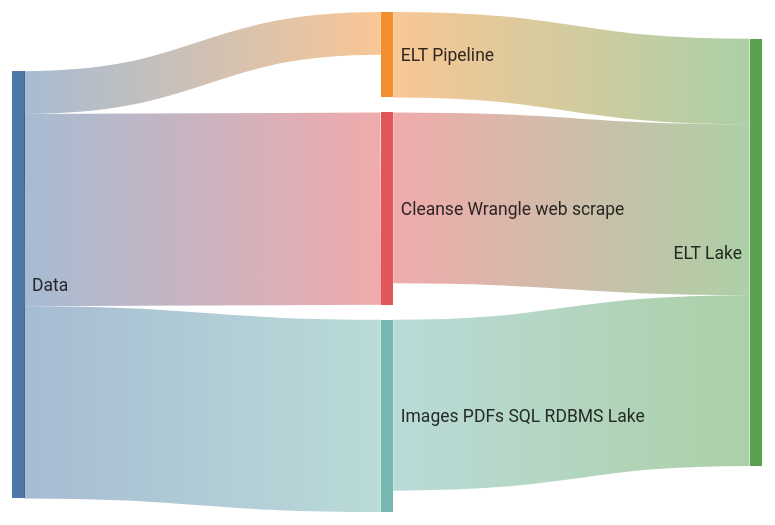
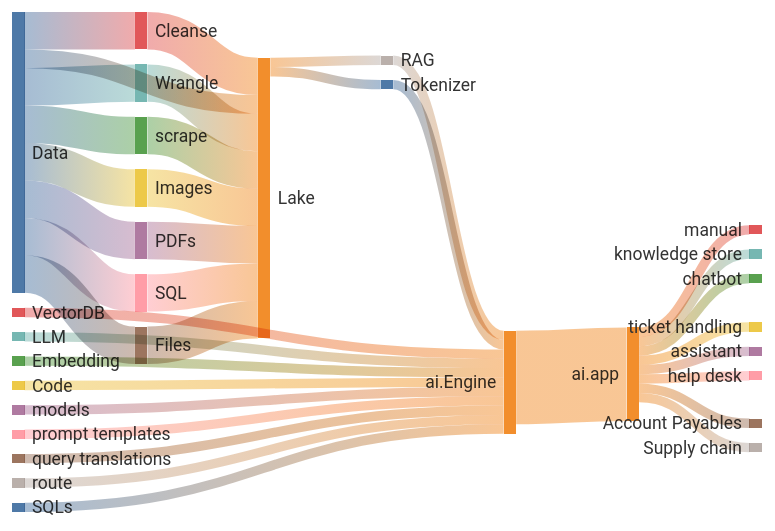
One commit to AmitXShukla/GenAI changed the second of 2 diagrams in README.md. Above: the diagram before and after it, drawn with Mermaid.

````diff
--- a/README.md
+++ b/README.md
@@ -114,18 +114,50 @@
 ```mermaid
 ---
 config:
   sankey:
     showValues: false
 ---
 
 sankey-beta
 
 %% source,target,value
- Data, ELT Pipeline, 10
- Data, Cleanse Wrangle web scrape, 45
- Data, Images PDFs SQL RDBMS Lake, 45
- ELT Pipeline, ELT Lake, 20
- Cleanse Wrangle web scrape, ELT Lake, 40
- Images PDFs SQL RDBMS Lake, ELT Lake, 40
+ Data, Lake, 20
+ Data, Cleanse, 40
+ Data, Wrangle, 40
+ Data, scrape, 40
+ Data, Images, 40
+ Data, PDFs, 40
+ Data, SQL, 40
+ Data, Files, 40
+ Cleanse, Lake, 40
+ Wrangle,Lake, 40
+ scrape, Lake,40
+ Images,Lake, 40
+ PDFs, Lake,40
+ SQL, Lake,40
+ Files, Lake,40
+ Lake, RAG, 10
+ Lake, Tokenizer, 10
+ RAG, ai.Engine, 10
+ Tokenizer, ai.Engine, 10
+ VectorDB, ai.Engine, 10
+ LLM, ai.Engine, 10
+ Embedding, ai.Engine, 10
+ Code, ai.Engine, 10
+ models, ai.Engine, 10
+ prompt templates, ai.Engine, 10
+ query translations, ai.Engine, 10
+ route, ai.Engine, 10
+ SQLs, ai.Engine, 10
+ ai.Engine, ai.app, 100
+ ai.app, manual, 10
+ ai.app, knowledge store, 10
+ ai.app, chatbot, 10
+ ai.app, ticket handling, 10
+ ai.app, assistant, 10
+ ai.app, help desk, 10
+ ai.app, Account Payables, 10
+ ai.app, Supply chain, 10
+ 
 
 ```
````
